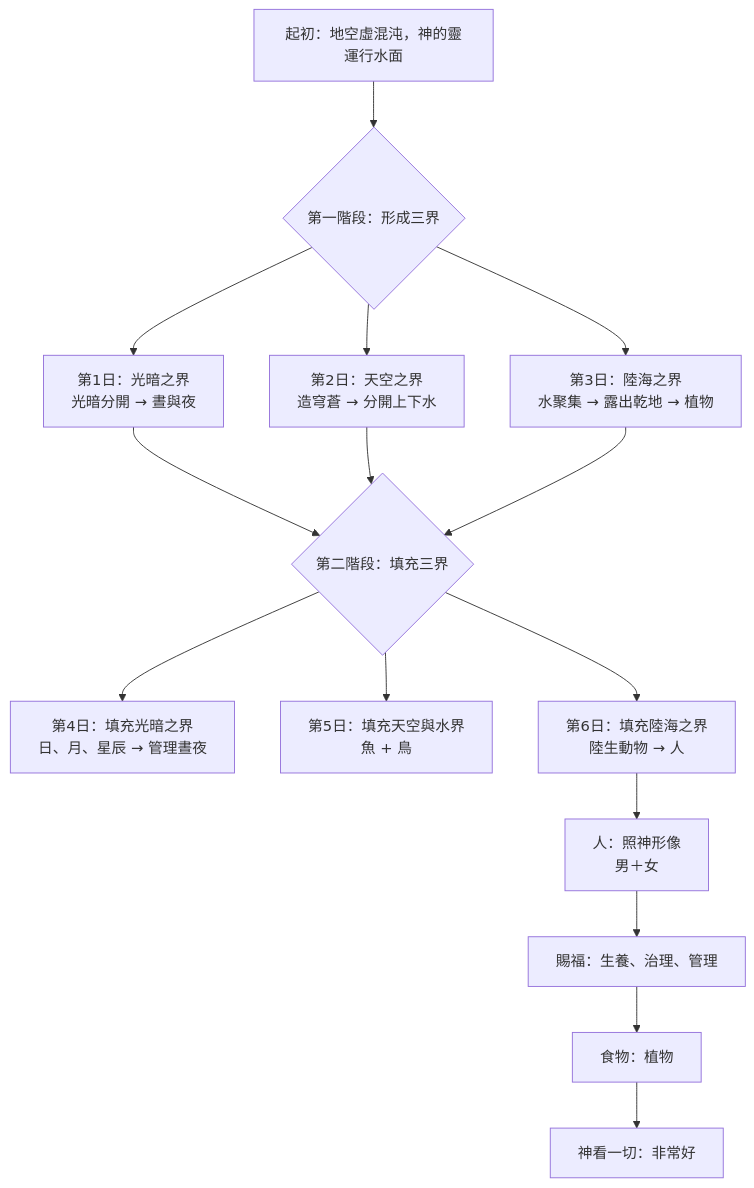
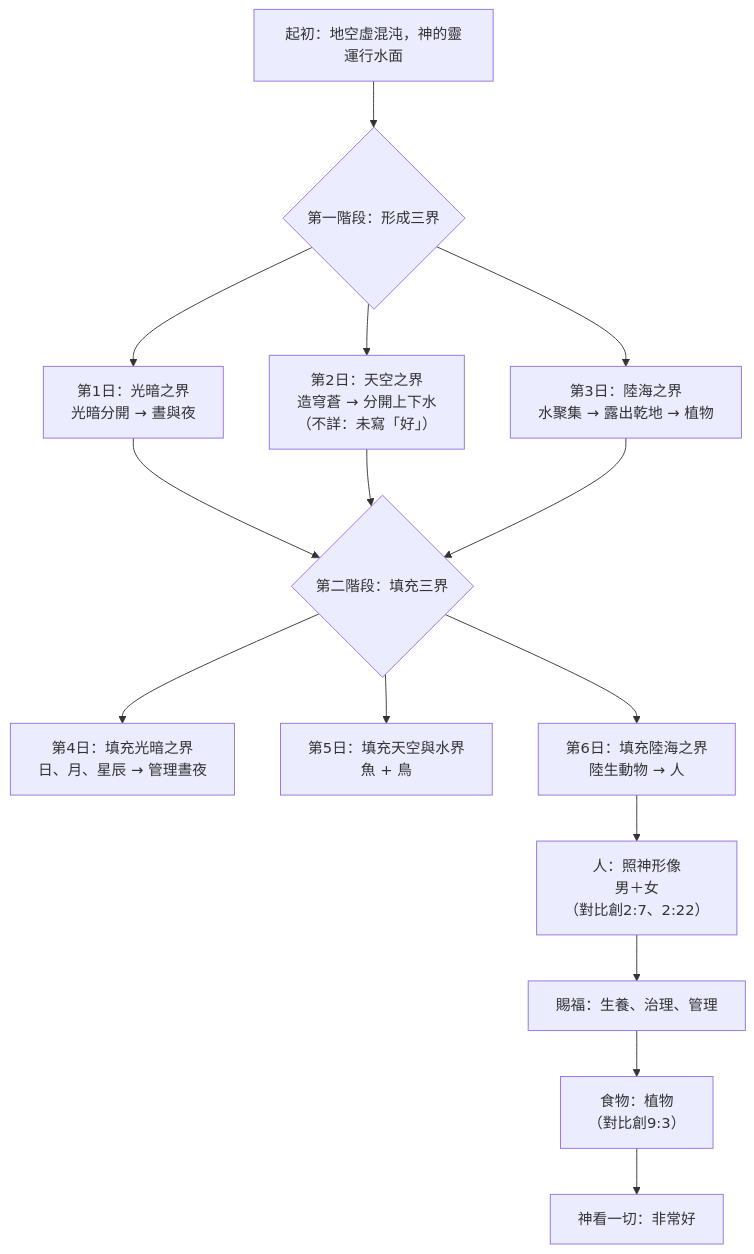
One commit to mccappsheet5804-sketch/bible-study-old-testament changed the second of 3 diagrams in 創世紀/第 01 章.md. Above: the diagram before and after it, drawn with Mermaid. The commit also changed other lines of this file, not shown here.

````diff
--- a/創世紀/第 01 章.md
+++ b/創世紀/第 01 章.md
@@ -189,17 +214,17 @@
 ```mermaid
 flowchart TD
     A[起初：地空虛混沌，神的靈運行水面] --> B{第一階段：形成三界}
     B --> C[第1日：光暗之界<br>光暗分開 → 晝與夜]
-    B --> D[第2日：天空之界<br>造穹蒼 → 分開上下水]
+    B --> D[第2日：天空之界<br>造穹蒼 → 分開上下水<br>（不詳：未寫「好」）]
     B --> E[第3日：陸海之界<br>水聚集 → 露出乾地 → 植物]
     C --> F{第二階段：填充三界}
     D --> F
     E --> F
     F --> G[第4日：填充光暗之界<br>日、月、星辰 → 管理晝夜]
     F --> H[第5日：填充天空與水界<br>魚 + 鳥]
     F --> I[第6日：填充陸海之界<br>陸生動物 → 人]
-    I --> J[人：照神形像<br>男＋女]
+    I --> J[人：照神形像<br>男＋女<br>（對比創2:7、2:22）]
     J --> K[賜福：生養、治理、管理]
-    K --> L[食物：植物]
+    K --> L[食物：植物<br>（對比創9:3）]
     L --> M[神看一切：非常好]
 ```
````
